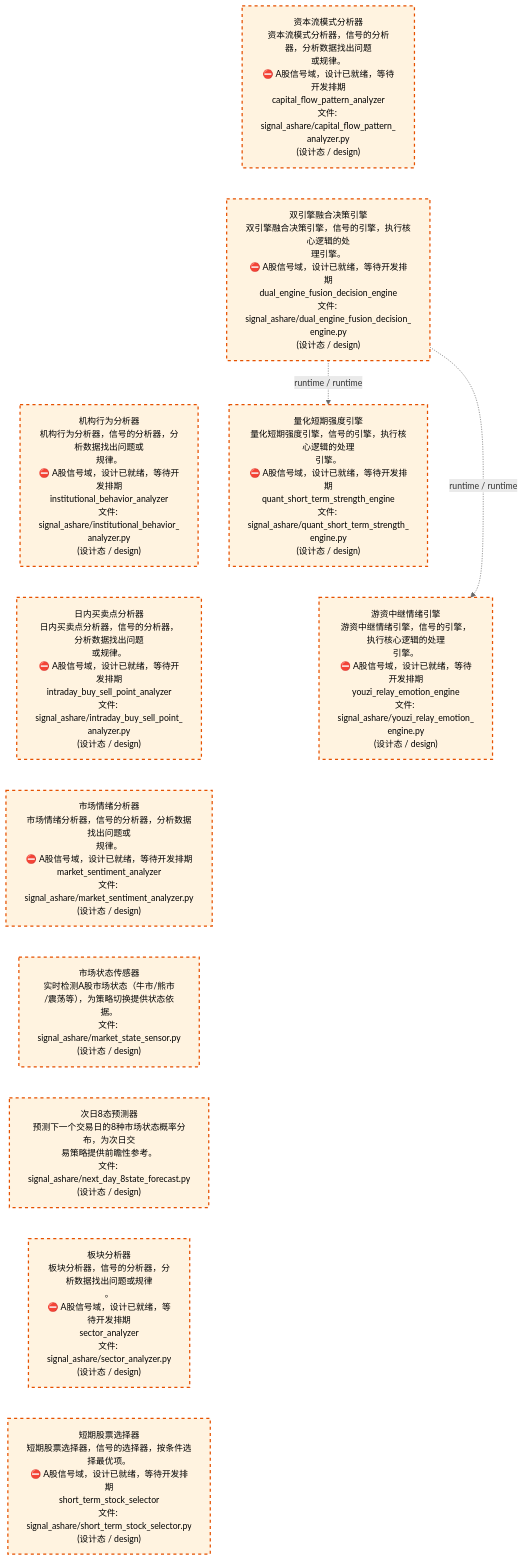
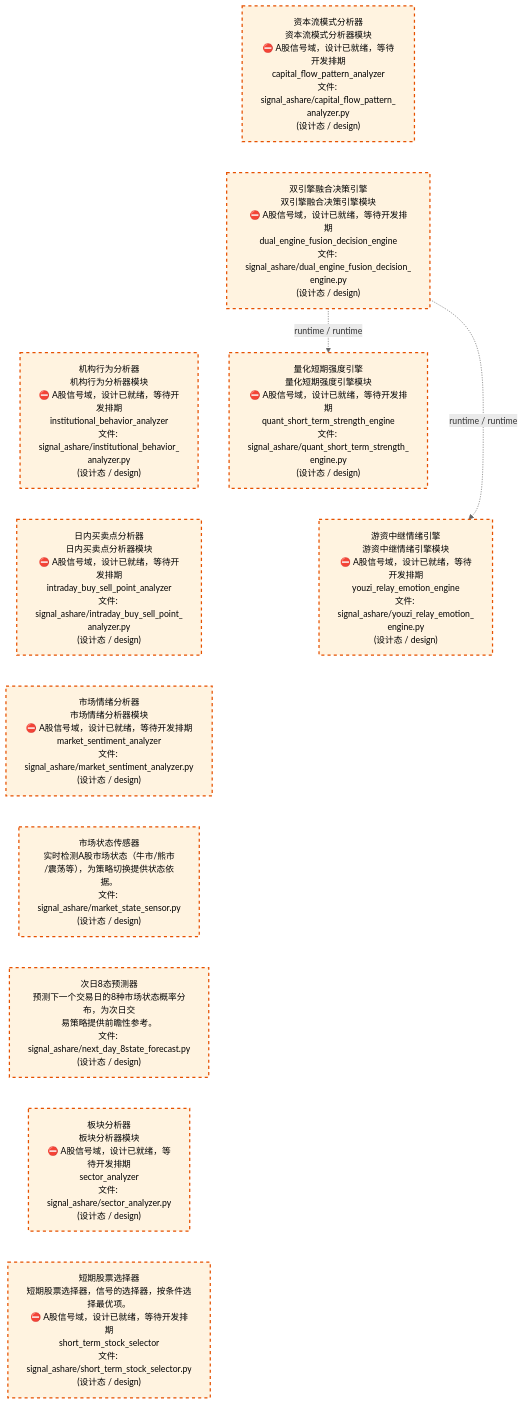
Before and after one commit to xuanFelixVan/ZephyrAlpha: the third of 4 diagrams in docs/02_enterprise_architecture/02_domain_architecture_docs/32_d_ashare_signal.md, drawn with Mermaid. The commit also changed other lines of this file and 58 other files, not shown here.

````diff
--- a/docs/02_enterprise_architecture/02_domain_architecture_docs/32_d_ashare_signal.md
+++ b/docs/02_enterprise_architecture/02_domain_architecture_docs/32_d_ashare_signal.md
@@ -134,31 +134,31 @@
 ```mermaid
 %%{init: {'theme': 'base', 'themeVariables': {'primaryColor': '#eaeaea', 'primaryTextColor': '#333333', 'primaryBorderColor': '#666666', 'lineColor': '#666666', 'secondaryColor': '#eaeaea', 'tertiaryColor': '#eaeaea', 'fontSize': '14px'}}}%%
 flowchart TD
-    src_zephyr_signal_ashare_capital_flow_pattern_analyzer_py["资本流模式分析器<br/>资本流模式分析器，信号的分析器，分析数据找出问题<br/>或规律。<br/>⛔ A股信号域，设计已就绪，等待开发排期<br/>capital_flow_pattern_analyzer<br/>文件: signal_ashare/capital_flow_pattern_<br/>analyzer.py<br/>(设计态 / design)"]
-    src_zephyr_signal_ashare_dual_engine_fusion_decision_engine_py["双引擎融合决策引擎<br/>双引擎融合决策引擎，信号的引擎，执行核心逻辑的处<br/>理引擎。<br/>⛔ A股信号域，设计已就绪，等待开发排期<br/>dual_engine_fusion_decision_engine<br/>文件: signal_ashare/dual_engine_fusion_decision_<br/>engine.py<br/>(设计态 / design)"]
-    src_zephyr_signal_ashare_institutional_behavior_analyzer_py["机构行为分析器<br/>机构行为分析器，信号的分析器，分析数据找出问题或<br/>规律。<br/>⛔ A股信号域，设计已就绪，等待开发排期<br/>institutional_behavior_analyzer<br/>文件: signal_ashare/institutional_behavior_<br/>analyzer.py<br/>(设计态 / design)"]
-    src_zephyr_signal_ashare_intraday_buy_sell_point_analyzer_py["日内买卖点分析器<br/>日内买卖点分析器，信号的分析器，分析数据找出问题<br/>或规律。<br/>⛔ A股信号域，设计已就绪，等待开发排期<br/>intraday_buy_sell_point_analyzer<br/>文件: signal_ashare/intraday_buy_sell_point_<br/>analyzer.py<br/>(设计态 / design)"]
-    src_zephyr_signal_ashare_market_sentiment_analyzer_py["市场情绪分析器<br/>市场情绪分析器，信号的分析器，分析数据找出问题或<br/>规律。<br/>⛔ A股信号域，设计已就绪，等待开发排期<br/>market_sentiment_analyzer<br/>文件: signal_ashare/market_sentiment_analyzer.py<br/>(设计态 / design)"]
+    src_zephyr_signal_ashare_capital_flow_pattern_analyzer_py["资本流模式分析器<br/>资本流模式分析器模块<br/>⛔ A股信号域，设计已就绪，等待开发排期<br/>capital_flow_pattern_analyzer<br/>文件: signal_ashare/capital_flow_pattern_<br/>analyzer.py<br/>(设计态 / design)"]
+    src_zephyr_signal_ashare_dual_engine_fusion_decision_engine_py["双引擎融合决策引擎<br/>双引擎融合决策引擎模块<br/>⛔ A股信号域，设计已就绪，等待开发排期<br/>dual_engine_fusion_decision_engine<br/>文件: signal_ashare/dual_engine_fusion_decision_<br/>engine.py<br/>(设计态 / design)"]
+    src_zephyr_signal_ashare_institutional_behavior_analyzer_py["机构行为分析器<br/>机构行为分析器模块<br/>⛔ A股信号域，设计已就绪，等待开发排期<br/>institutional_behavior_analyzer<br/>文件: signal_ashare/institutional_behavior_<br/>analyzer.py<br/>(设计态 / design)"]
+    src_zephyr_signal_ashare_intraday_buy_sell_point_analyzer_py["日内买卖点分析器<br/>日内买卖点分析器模块<br/>⛔ A股信号域，设计已就绪，等待开发排期<br/>intraday_buy_sell_point_analyzer<br/>文件: signal_ashare/intraday_buy_sell_point_<br/>analyzer.py<br/>(设计态 / design)"]
+    src_zephyr_signal_ashare_market_sentiment_analyzer_py["市场情绪分析器<br/>市场情绪分析器模块<br/>⛔ A股信号域，设计已就绪，等待开发排期<br/>market_sentiment_analyzer<br/>文件: signal_ashare/market_sentiment_analyzer.py<br/>(设计态 / design)"]
     src_zephyr_signal_ashare_market_state_sensor_py["市场状态传感器<br/>实时检测A股市场状态（牛市/熊市<br/>/震荡等），为策略切换提供状态依据。<br/>文件: signal_ashare/market_state_sensor.py<br/>(设计态 / design)"]
     src_zephyr_signal_ashare_next_day_8state_forecast_py["次日8态预测器<br/>预测下一个交易日的8种市场状态概率分布，为次日交<br/>易策略提供前瞻性参考。<br/>文件: signal_ashare/next_day_8state_forecast.py<br/>(设计态 / design)"]
-    src_zephyr_signal_ashare_sector_analyzer_py["板块分析器<br/>板块分析器，信号的分析器，分析数据找出问题或规律<br/>。<br/>⛔ A股信号域，设计已就绪，等待开发排期<br/>sector_analyzer<br/>文件: signal_ashare/sector_analyzer.py<br/>(设计态 / design)"]
+    src_zephyr_signal_ashare_sector_analyzer_py["板块分析器<br/>板块分析器模块<br/>⛔ A股信号域，设计已就绪，等待开发排期<br/>sector_analyzer<br/>文件: signal_ashare/sector_analyzer.py<br/>(设计态 / design)"]
     src_zephyr_signal_ashare_short_term_stock_selector_py["短期股票选择器<br/>短期股票选择器，信号的选择器，按条件选择最优项。<br/>⛔ A股信号域，设计已就绪，等待开发排期<br/>short_term_stock_selector<br/>文件: signal_ashare/short_term_stock_selector.py<br/>(设计态 / design)"]
     src_zephyr_signal_ashare_capital_flow_pattern_analyzer_py ~~~ src_zephyr_signal_ashare_dual_engine_fusion_decision_engine_py
     src_zephyr_signal_ashare_dual_engine_fusion_decision_engine_py ~~~ src_zephyr_signal_ashare_institutional_behavior_analyzer_py
     src_zephyr_signal_ashare_institutional_behavior_analyzer_py ~~~ src_zephyr_signal_ashare_intraday_buy_sell_point_analyzer_py
     src_zephyr_signal_ashare_intraday_buy_sell_point_analyzer_py ~~~ src_zephyr_signal_ashare_market_sentiment_analyzer_py
     src_zephyr_signal_ashare_market_sentiment_analyzer_py ~~~ src_zephyr_signal_ashare_market_state_sensor_py
     src_zephyr_signal_ashare_market_state_sensor_py ~~~ src_zephyr_signal_ashare_next_day_8state_forecast_py
     src_zephyr_signal_ashare_next_day_8state_forecast_py ~~~ src_zephyr_signal_ashare_sector_analyzer_py
     src_zephyr_signal_ashare_sector_analyzer_py ~~~ src_zephyr_signal_ashare_short_term_stock_selector_py
-    src_zephyr_signal_ashare_quant_short_term_strength_engine_py["量化短期强度引擎<br/>量化短期强度引擎，信号的引擎，执行核心逻辑的处理<br/>引擎。<br/>⛔ A股信号域，设计已就绪，等待开发排期<br/>quant_short_term_strength_engine<br/>文件: signal_ashare/quant_short_term_strength_<br/>engine.py<br/>(设计态 / design)"]
-    src_zephyr_signal_ashare_youzi_relay_emotion_engine_py["游资中继情绪引擎<br/>游资中继情绪引擎，信号的引擎，执行核心逻辑的处理<br/>引擎。<br/>⛔ A股信号域，设计已就绪，等待开发排期<br/>youzi_relay_emotion_engine<br/>文件: signal_ashare/youzi_relay_emotion_<br/>engine.py<br/>(设计态 / design)"]
+    src_zephyr_signal_ashare_quant_short_term_strength_engine_py["量化短期强度引擎<br/>量化短期强度引擎模块<br/>⛔ A股信号域，设计已就绪，等待开发排期<br/>quant_short_term_strength_engine<br/>文件: signal_ashare/quant_short_term_strength_<br/>engine.py<br/>(设计态 / design)"]
+    src_zephyr_signal_ashare_youzi_relay_emotion_engine_py["游资中继情绪引擎<br/>游资中继情绪引擎模块<br/>⛔ A股信号域，设计已就绪，等待开发排期<br/>youzi_relay_emotion_engine<br/>文件: signal_ashare/youzi_relay_emotion_<br/>engine.py<br/>(设计态 / design)"]
     src_zephyr_signal_ashare_quant_short_term_strength_engine_py ~~~ src_zephyr_signal_ashare_youzi_relay_emotion_engine_py
     src_zephyr_signal_ashare_dual_engine_fusion_decision_engine_py -.->|runtime / runtime| src_zephyr_signal_ashare_youzi_relay_emotion_engine_py
     src_zephyr_signal_ashare_dual_engine_fusion_decision_engine_py -.->|runtime / runtime| src_zephyr_signal_ashare_quant_short_term_strength_engine_py
     classDef production fill:#e1f5fe,stroke:#01579b,stroke-width:2px,color:#000
     classDef design fill:#fff3e0,stroke:#e65100,stroke-width:2px,color:#000,stroke-dasharray: 5 5
     classDef external_prod fill:#e8f4fd,stroke:#0277bd,stroke-width:1px,color:#000
     classDef external_design fill:#fff8e7,stroke:#ef6c00,stroke-width:1px,color:#000,stroke-dasharray: 5 5
     class src_zephyr_signal_ashare_capital_flow_pattern_analyzer_py,src_zephyr_signal_ashare_dual_engine_fusion_decision_engine_py,src_zephyr_signal_ashare_institutional_behavior_analyzer_py,src_zephyr_signal_ashare_intraday_buy_sell_point_analyzer_py,src_zephyr_signal_ashare_market_sentiment_analyzer_py,src_zephyr_signal_ashare_market_state_sensor_py,src_zephyr_signal_ashare_next_day_8state_forecast_py,src_zephyr_signal_ashare_quant_short_term_strength_engine_py,src_zephyr_signal_ashare_sector_analyzer_py,src_zephyr_signal_ashare_short_term_stock_selector_py,src_zephyr_signal_ashare_youzi_relay_emotion_engine_py design
 ```
````
